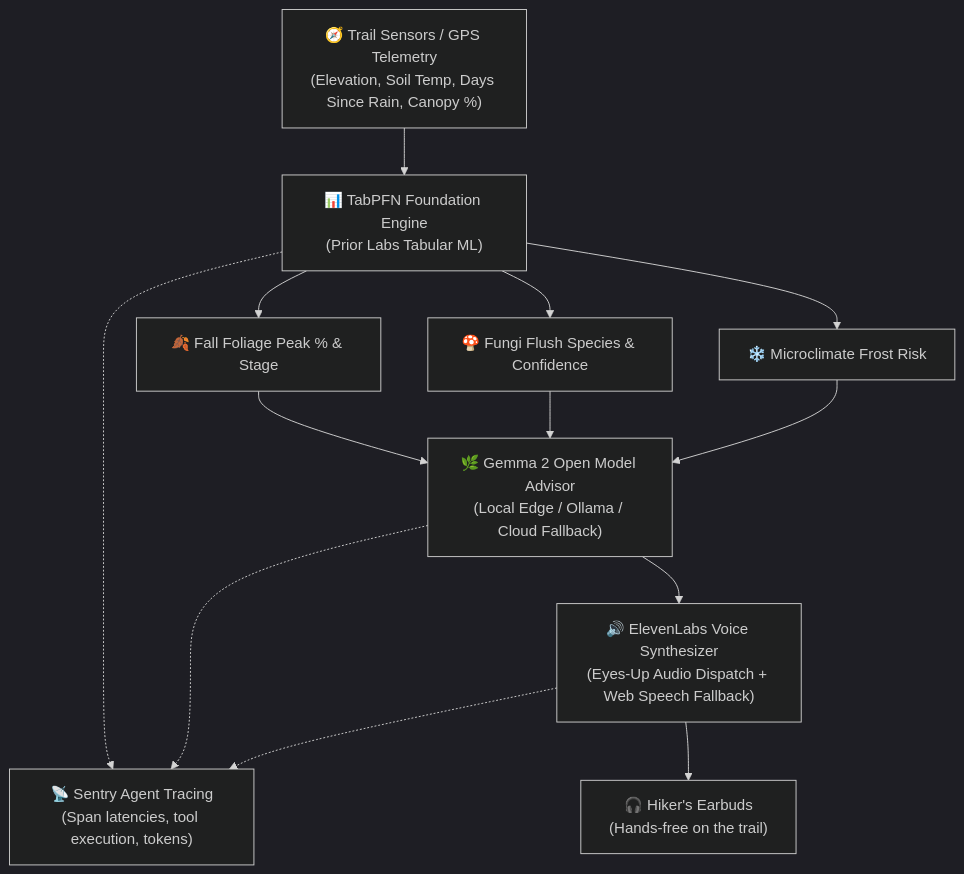
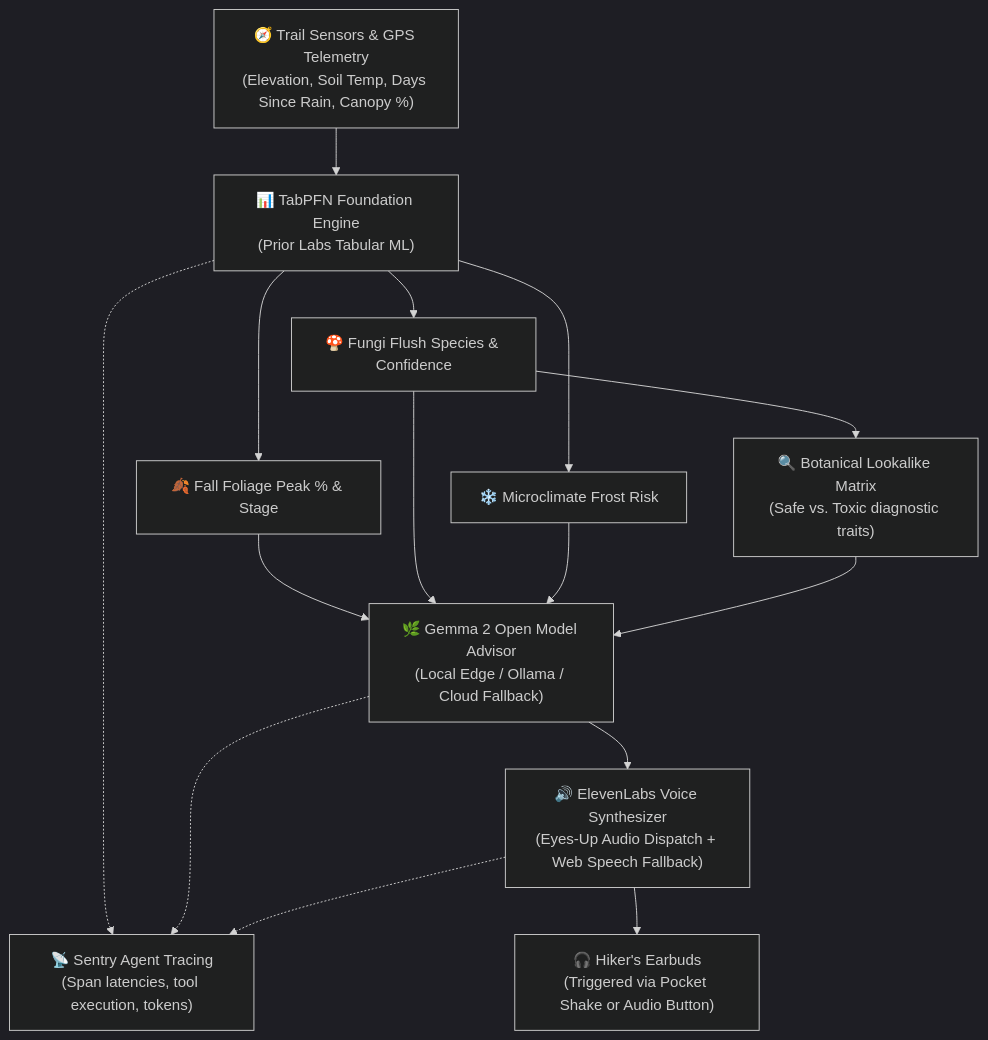
One commit to SixFiveMil/canopycast changed the diagram in README.md. Above: the diagram before and after it, drawn with Mermaid (dark theme). The commit also changed other lines of this file and 10 other files, not shown here.

Commit message:
Implement Pocket Shake audio, Lookalike comparison card, Route elevation gradient simulator, TabPFN benchmark suite, and Printable field card

````diff
--- a/README.md
+++ b/README.md
@@ -29,18 +34,20 @@
 ```mermaid
 flowchart TD
-    A["🧭 Trail Sensors / GPS Telemetry<br>(Elevation, Soil Temp, Days Since Rain, Canopy %)"] --> B["📊 TabPFN Foundation Engine<br>(Prior Labs Tabular ML)"]
+    A["🧭 Trail Sensors & GPS Telemetry<br>(Elevation, Soil Temp, Days Since Rain, Canopy %)"] --> B["📊 TabPFN Foundation Engine<br>(Prior Labs Tabular ML)"]
     
     B --> C["🍂 Fall Foliage Peak % & Stage"]
     B --> D["🍄 Fungi Flush Species & Confidence"]
     B --> E["❄️ Microclimate Frost Risk"]
     
-    C & D & E --> F["🌿 Gemma 2 Open Model Advisor<br>(Local Edge / Ollama / Cloud Fallback)"]
+    D --> L["🔍 Botanical Lookalike Matrix<br>(Safe vs. Toxic diagnostic traits)"]
+    
+    C & D & E & L --> F["🌿 Gemma 2 Open Model Advisor<br>(Local Edge / Ollama / Cloud Fallback)"]
     
     F --> G["🔊 ElevenLabs Voice Synthesizer<br>(Eyes-Up Audio Dispatch + Web Speech Fallback)"]
     
     B -.-> H["📡 Sentry Agent Tracing<br>(Span latencies, tool execution, tokens)"]
     F -.-> H
     G -.-> H
     
-    G --> I["🎧 Hiker's Earbuds<br>(Hands-free on the trail)"]
+    G --> I["🎧 Hiker's Earbuds<br>(Triggered via Pocket Shake or Audio Button)"]
 ```
````
